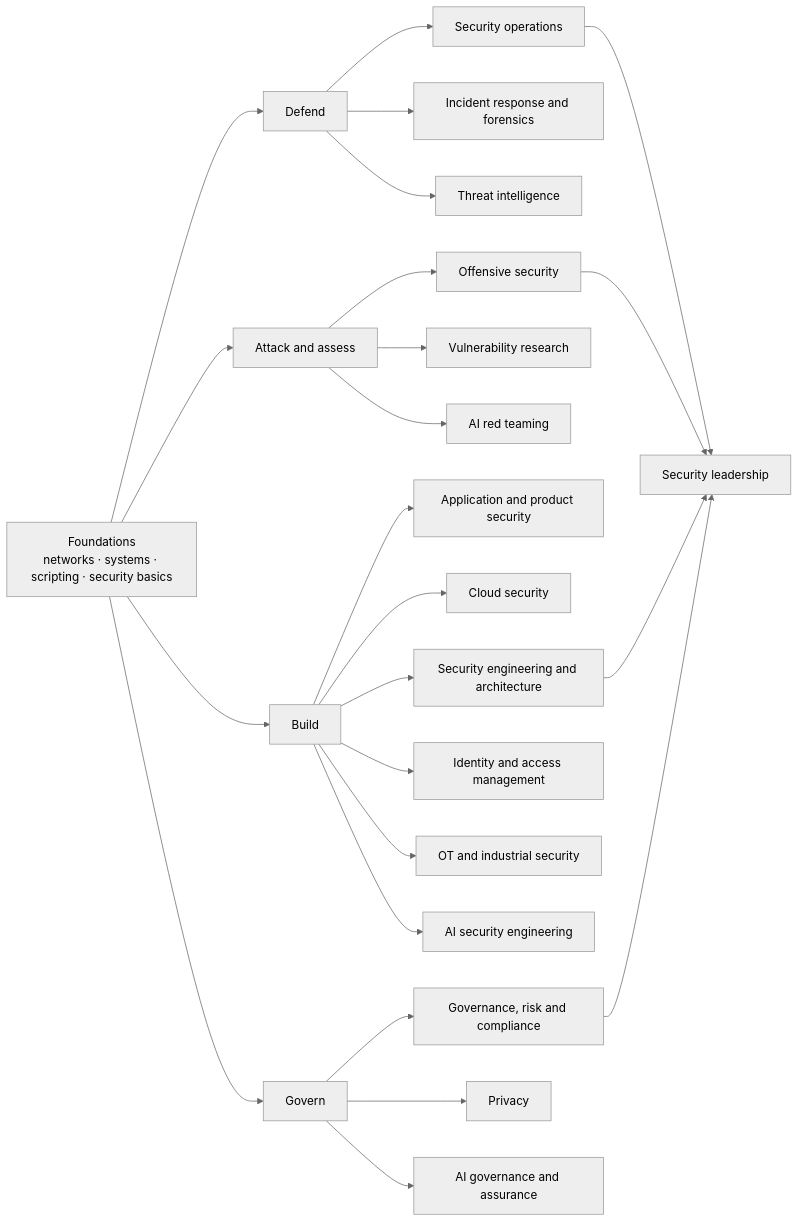
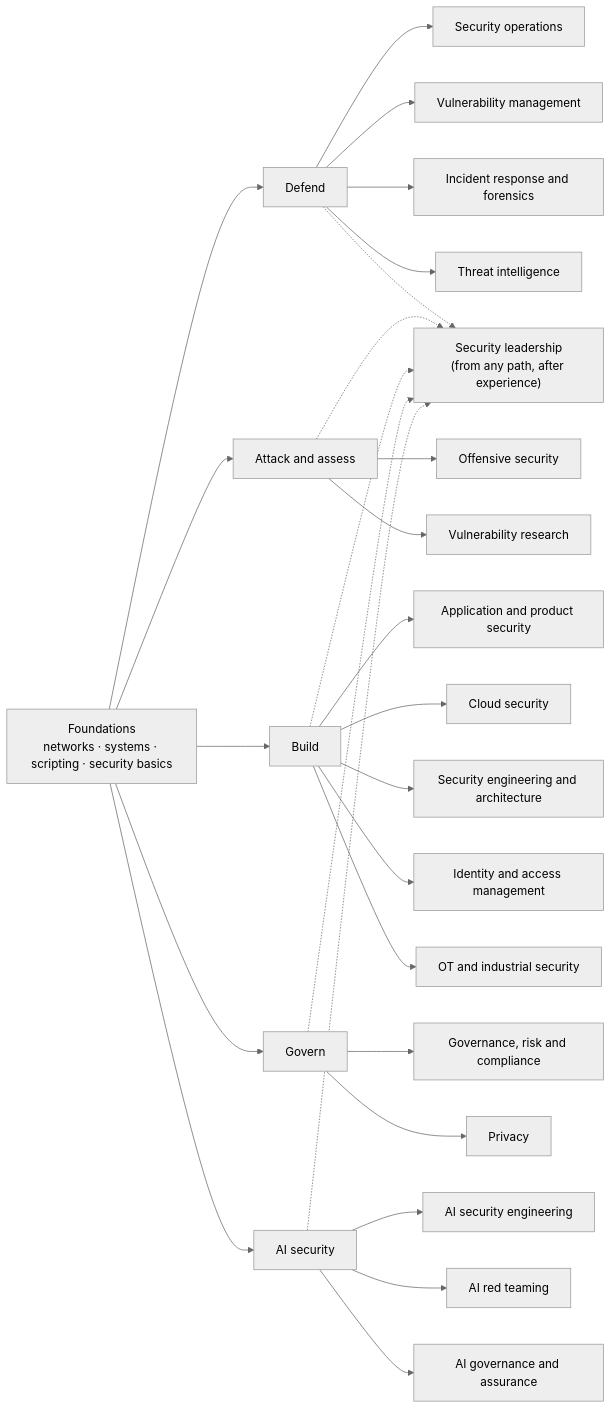
Before and after one commit to thenayanhazra/security-career-paths: the diagram in README.md, drawn with Mermaid (neutral theme). The commit also changed other lines of this file and 12 other files, not shown here.

First line of the commit message:
Review: vulnerability management path, staying-current guide, Security+ V8, link-check fix (#1)

````diff
--- a/README.md
+++ b/README.md
@@ -24,24 +25,26 @@
 ```mermaid
 flowchart LR
   F["Foundations<br/>networks · systems · scripting · security basics"]
   F --> D["Defend"]
   F --> A["Attack and assess"]
   F --> B["Build"]
   F --> G["Govern"]
+  F --> AI["AI security"]
   D --> SO["Security operations"]
+  D --> VM["Vulnerability management"]
   D --> IR["Incident response and forensics"]
   D --> TI["Threat intelligence"]
   A --> OS["Offensive security"]
   A --> VR["Vulnerability research"]
   B --> AS["Application and product security"]
   B --> CS["Cloud security"]
   B --> SE["Security engineering and architecture"]
   B --> IAM["Identity and access management"]
   B --> OT["OT and industrial security"]
   G --> GRC["Governance, risk and compliance"]
   G --> PR["Privacy"]
-  B --> AISE["AI security engineering"]
-  A --> AIRT["AI red teaming"]
-  G --> AIG["AI governance and assurance"]
-  SO & OS & SE & GRC --> L["Security leadership"]
+  AI --> AISE["AI security engineering"]
+  AI --> AIRT["AI red teaming"]
+  AI --> AIG["AI governance and assurance"]
+  D & A & B & G & AI -.-> L["Security leadership<br/>(from any path, after experience)"]
 ```
````
